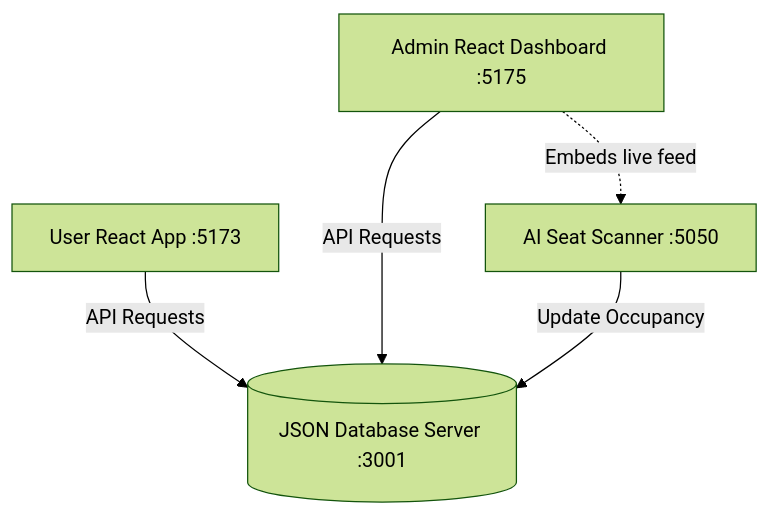
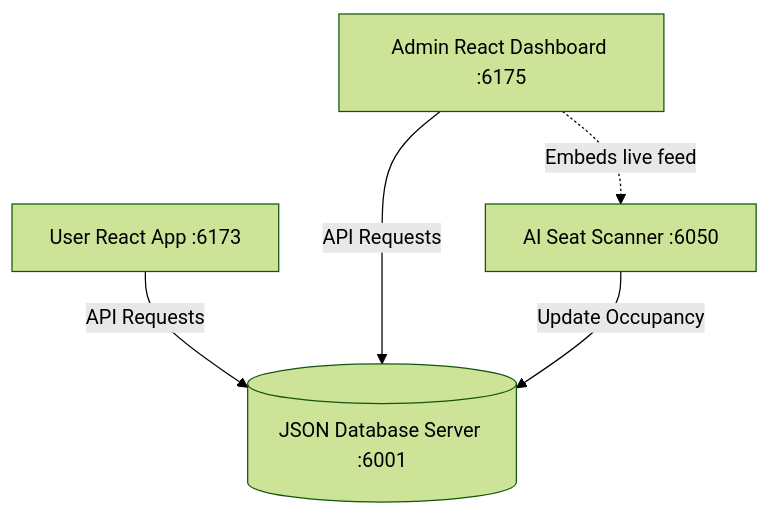
Before and after one commit to Suhas-Saur/mybus: the diagram in README.md, drawn with Mermaid (forest theme). The commit also changed other lines of this file and 9 other files, not shown here.

````diff
--- a/README.md
+++ b/README.md
@@ -22,7 +22,7 @@
 ```mermaid
 graph TD
-    UserApp[User React App :5173] -->|API Requests| DB[(JSON Database Server :3001)]
-    AdminDash[Admin React Dashboard :5175] -->|API Requests| DB
-    AIScanner[AI Seat Scanner :5050] -->|Update Occupancy| DB
+    UserApp[User React App :6173] -->|API Requests| DB[(JSON Database Server :6001)]
+    AdminDash[Admin React Dashboard :6175] -->|API Requests| DB
+    AIScanner[AI Seat Scanner :6050] -->|Update Occupancy| DB
     AdminDash -.->|Embeds live feed| AIScanner
 ```
````
